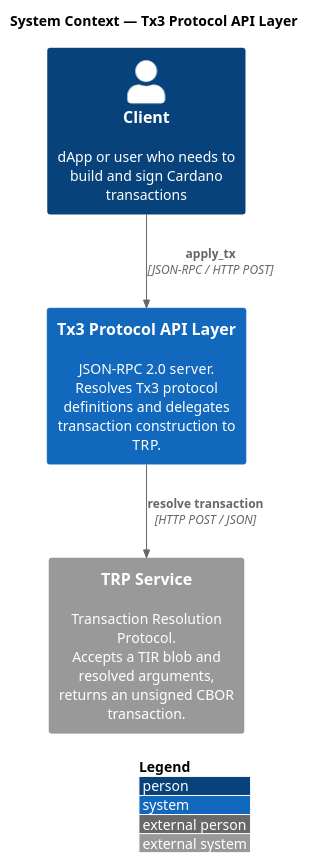
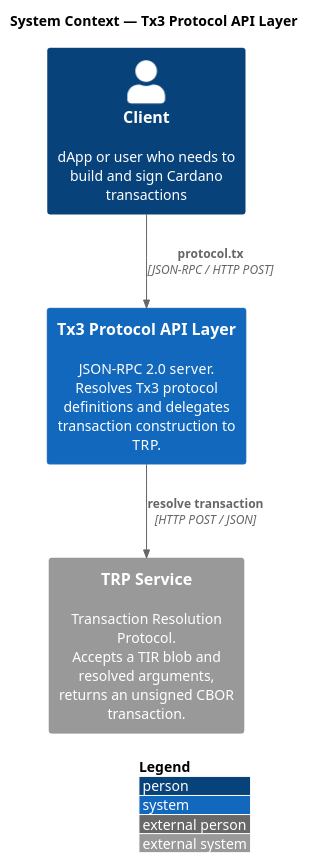
The diagram in design/001-assets/c4-context.puml (tx3-lang/protocol-gateway), drawn with PlantUML before and after one commit. The commit also changed 5 other files, not shown here.

```diff
--- a/design/001-assets/c4-context.puml
+++ b/design/001-assets/c4-context.puml
@@ -1,17 +1,17 @@
 @startuml c4-context
 !include <C4/C4_Context>
 
 LAYOUT_WITH_LEGEND()
 
 title System Context — Tx3 Protocol API Layer
 
 Person(client, "Client", "dApp or user who needs to\nbuild and sign Cardano transactions")
 
 System(api, "Tx3 Protocol API Layer", "JSON-RPC 2.0 server.\nResolves Tx3 protocol definitions and delegates\ntransaction construction to TRP.")
 
 System_Ext(trp, "TRP Service", "Transaction Resolution Protocol.\nAccepts a TIR blob and resolved arguments,\nreturns an unsigned CBOR transaction.")
 
-Rel(client, api, "apply_tx", "JSON-RPC / HTTP POST")
+Rel(client, api, "protocol.tx", "JSON-RPC / HTTP POST")
 Rel(api, trp, "resolve transaction", "HTTP POST / JSON")
 
 @enduml
```
